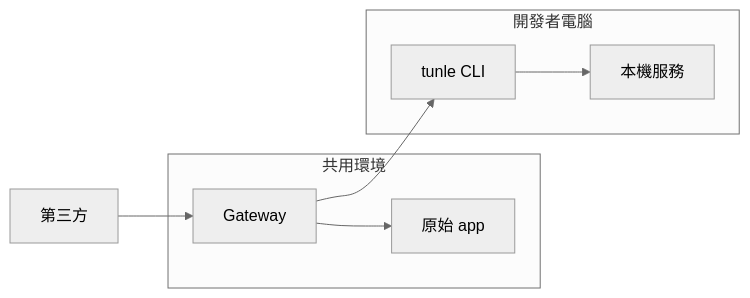
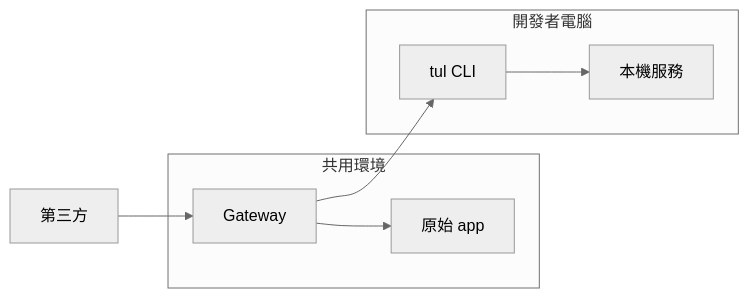
One commit to iml885203/tunlease changed the diagram in docs/architecture.zh-TW.md. Above: the diagram before and after it, drawn with Mermaid (neutral theme). The commit also changed 24 other files, not shown here.

Commit message:
feat(cli)!: rename executable to tul

````diff
--- a/docs/architecture.zh-TW.md
+++ b/docs/architecture.zh-TW.md
@@ -23,11 +23,11 @@
 ```mermaid
 flowchart LR
     ThirdParty["第三方"] --> Gateway["Gateway"]
     subgraph Shared["共用環境"]
       Gateway --> Origin["原始 app"]
     end
     subgraph Developer["開發者電腦"]
-      CLI["tunle CLI"] --> Local["本機服務"]
+      CLI["tul CLI"] --> Local["本機服務"]
     end
     Gateway --> CLI
 ```
````
